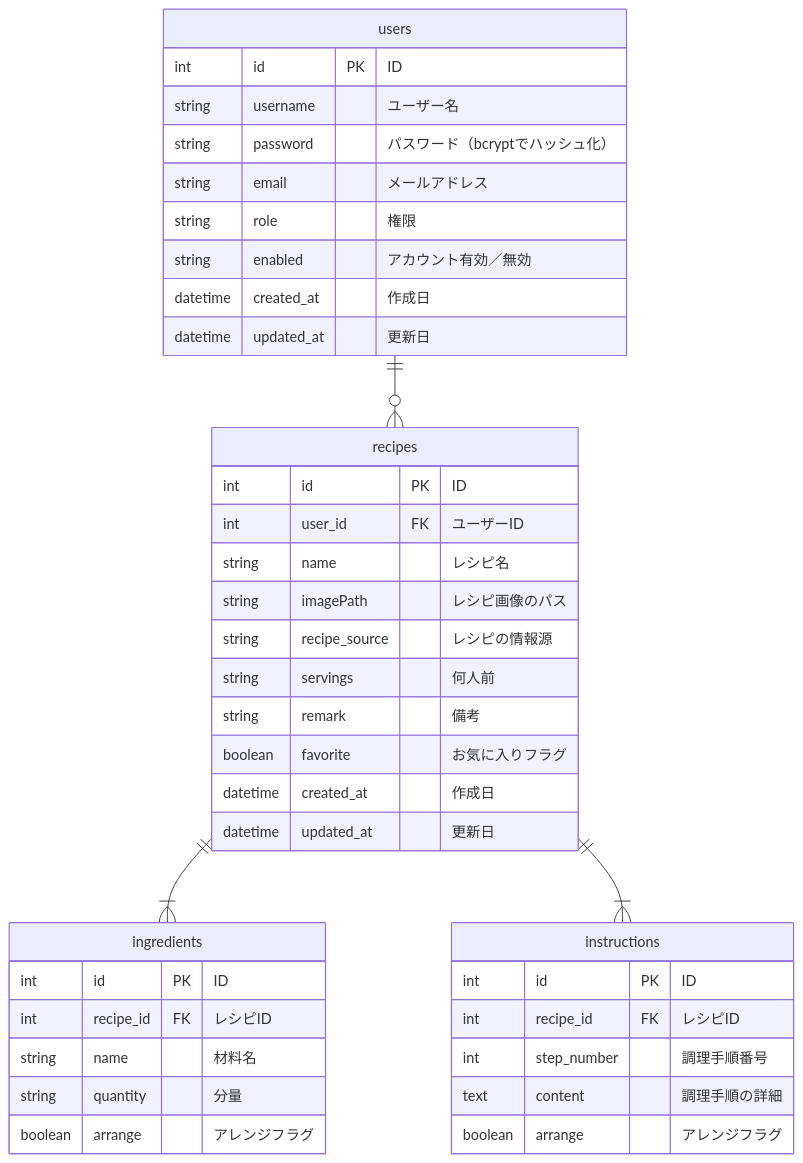
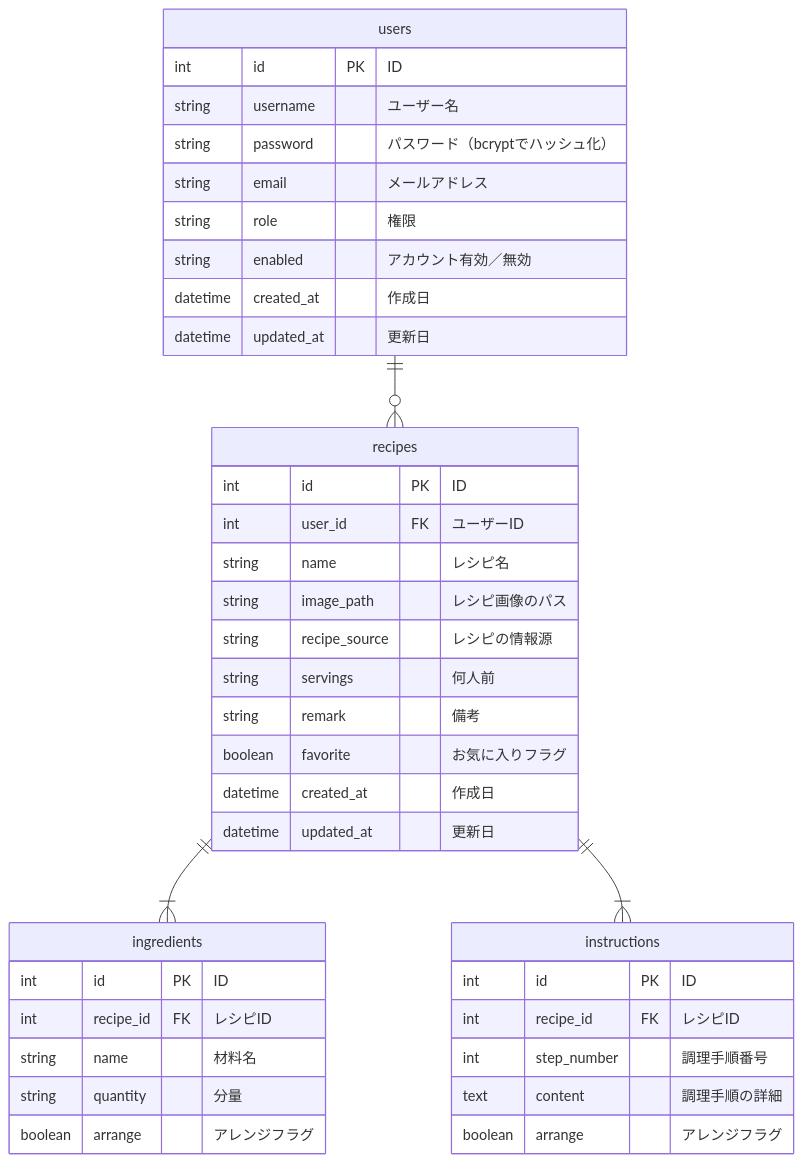
Before and after one commit to YaraiM/RecipeNotebook: the diagram in README.md, drawn with Mermaid. The commit also changed other lines of this file, not shown here.

````diff
--- a/README.md
+++ b/README.md
@@ -87,50 +80,50 @@
 ```mermaid
 ---
 title: ""
 ---
 %%{ init: { themeVariables: { spacingFactor: 0.5 } } }%%
 erDiagram
     users ||--o{ recipes: ""
     recipes ||--|{ ingredients: ""
     recipes ||--|{ instructions: ""
 
     users {
         int id PK "ID"
         string username "ユーザー名"
         string password "パスワード（bcryptでハッシュ化）"
         string email "メールアドレス"
         string role "権限"
         string enabled "アカウント有効／無効"
         datetime created_at "作成日"
         datetime updated_at "更新日"
     }
 
     recipes {
         int id PK "ID"
         int user_id FK "ユーザーID"
         string name "レシピ名"
-        string imagePath "レシピ画像のパス"
+        string image_path "レシピ画像のパス"
         string recipe_source "レシピの情報源"
         string servings "何人前"
         string remark "備考"
         boolean favorite "お気に入りフラグ"
         datetime created_at "作成日"
         datetime updated_at "更新日"
     }
 
     ingredients {
         int id PK "ID"
         int recipe_id FK "レシピID"
         string name "材料名"
         string quantity "分量"
         boolean arrange "アレンジフラグ"
     }
 
     instructions {
         int id PK "ID"
         int recipe_id FK "レシピID"
         int step_number "調理手順番号"
         text content "調理手順の詳細"
         boolean arrange "アレンジフラグ"
     }
 ```
````
